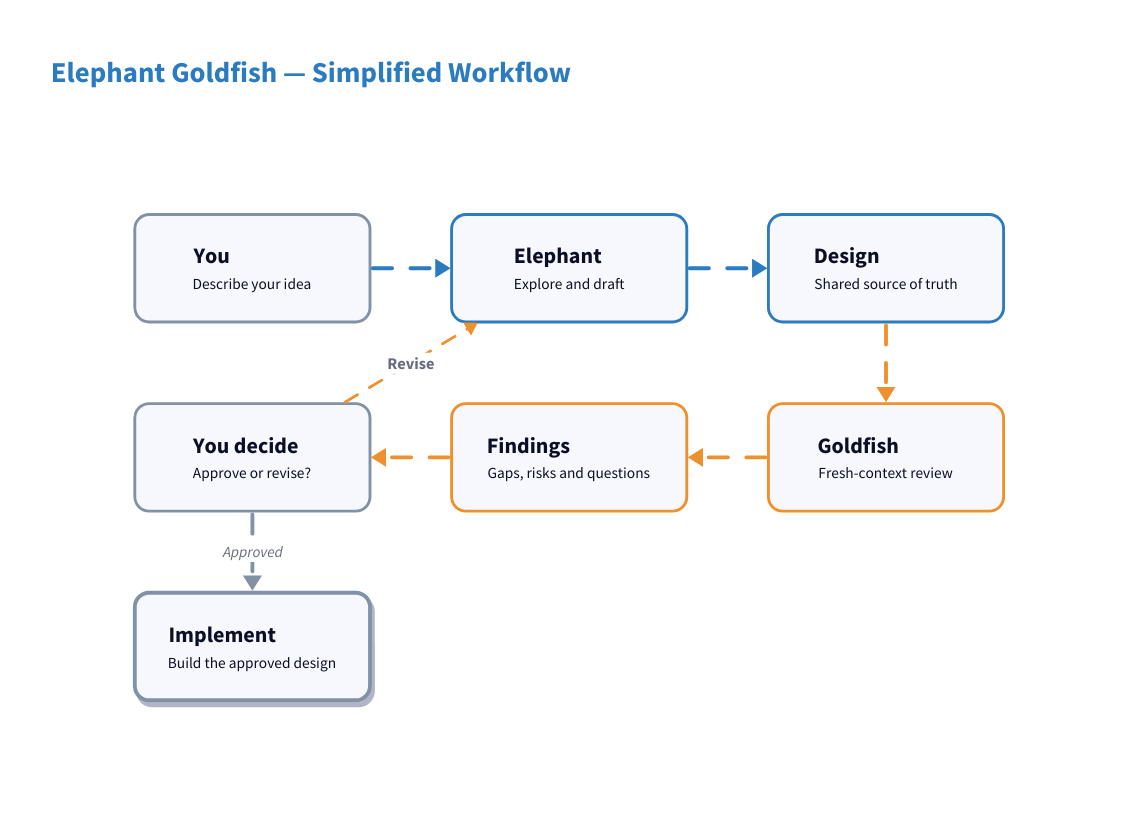
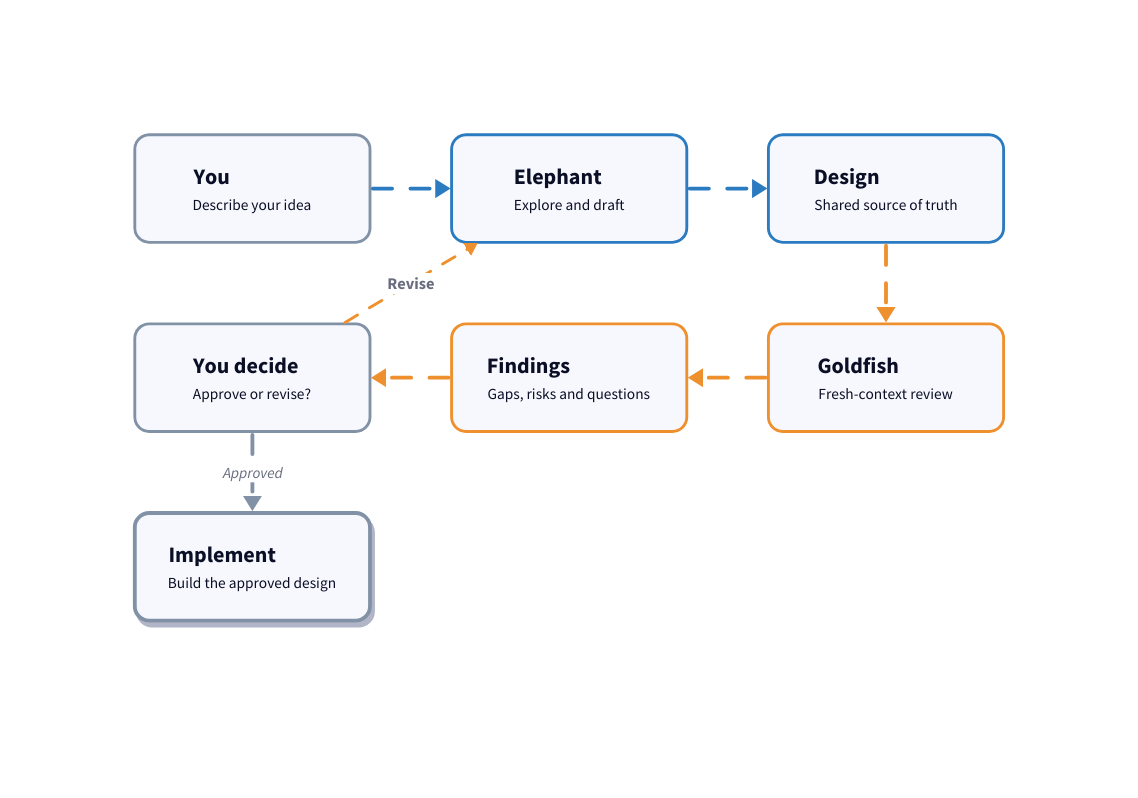
The diagram in diagrams/workflow.d2 (dryw/dsh-egm), drawn with D2 before and after one commit. The commit also changed 3 other files, not shown here.

Commit message:
Updated README and diagrams for better onboarding

```diff
--- a/diagrams/workflow.d2
+++ b/diagrams/workflow.d2
@@ -8,6 +8,7 @@
   d2-config: {
     theme-id: 0
     dark-theme-id: 200
+    pad: 5
   }
 }
 
@@ -127,15 +128,6 @@
     stroke-width: 0
   }
 
-  title: "Elephant Goldfish — Simplified Workflow" {
-    shape: text
-    style: {
-      font-size: 30
-      bold: true
-      font-color: "#2B7BC1"
-    }
-  }
-
   diagram: {
     label: ""
     grid-rows: 3
@@ -225,8 +217,8 @@
       detail: "Build the approved design" {class: description}
     }
 
-    pad1.class: invisible
-    pad2.class: invisible
+    #pad1.class: invisible
+    #pad2.class: invisible
 
     # BLUE: design and exploration.
     you -> elephant: {class: blue-flow}
```
